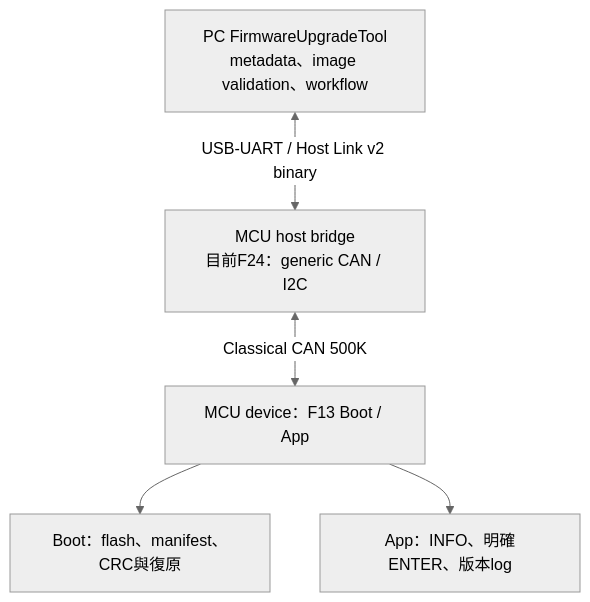
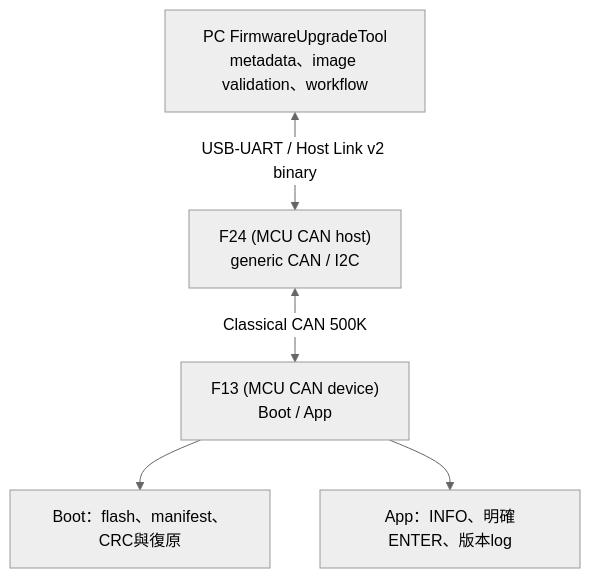
One commit to released/slide_boot_loader_for_RL78 changed the fifth of 12 diagrams in index.md. Above: the diagram before and after it, drawn with Mermaid (neutral theme). The commit also changed other lines of this file and 1 other file, not shown here.

````diff
--- a/index.md
+++ b/index.md
@@ -359,7 +1077,7 @@
 ```mermaid
 flowchart TD
-    PC["PC FirmwareUpgradeTool<br/>metadata、image validation、workflow"] <-->|"USB-UART / Host Link v2 binary"| H["MCU host bridge<br/>目前F24：generic CAN / I2C"]
-    H <-->|"Classical CAN 500K"| T["MCU device：F13 Boot / App"]
+    PC["PC FirmwareUpgradeTool<br/>metadata、image validation、workflow"] <-->|"USB-UART / Host Link v2 binary"| H["F24 (MCU CAN host)<br/>generic CAN / I2C"]
+    H <-->|"Classical CAN 500K"| T["F13 (MCU CAN device)<br/>Boot / App"]
     T --> B["Boot：flash、manifest、CRC與復原"]
     T --> A["App：INFO、明確ENTER、版本log"]
 ```
````
